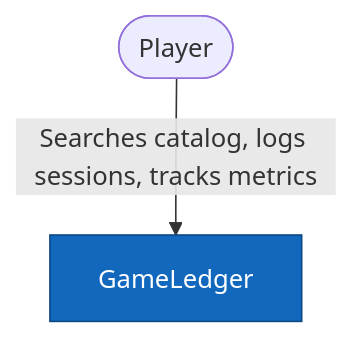
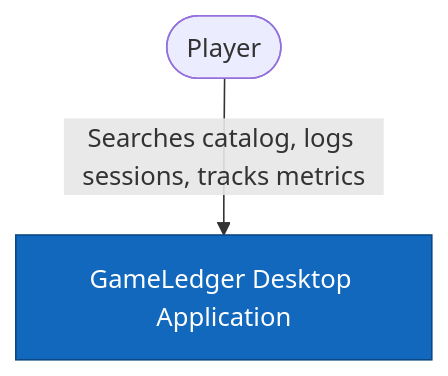
One commit to DavLien/cen5064-project-liendo changed the first of 9 diagrams in README.md. Above: the diagram before and after it, drawn with Mermaid. The commit also changed other lines of this file, not shown here.

````diff
--- a/README.md
+++ b/README.md
@@ -66,6 +90,5 @@
 ```mermaid
 flowchart TB
-    user([Player]) -->|Searches catalog, logs sessions, tracks metrics| system[GameLedger]
-
+    user([Player]) -->|Searches catalog, logs sessions, tracks metrics| system[GameLedger Desktop Application]
     style system fill:#1168bd,stroke:#0b4884,color:#ffffff
 ```
````
